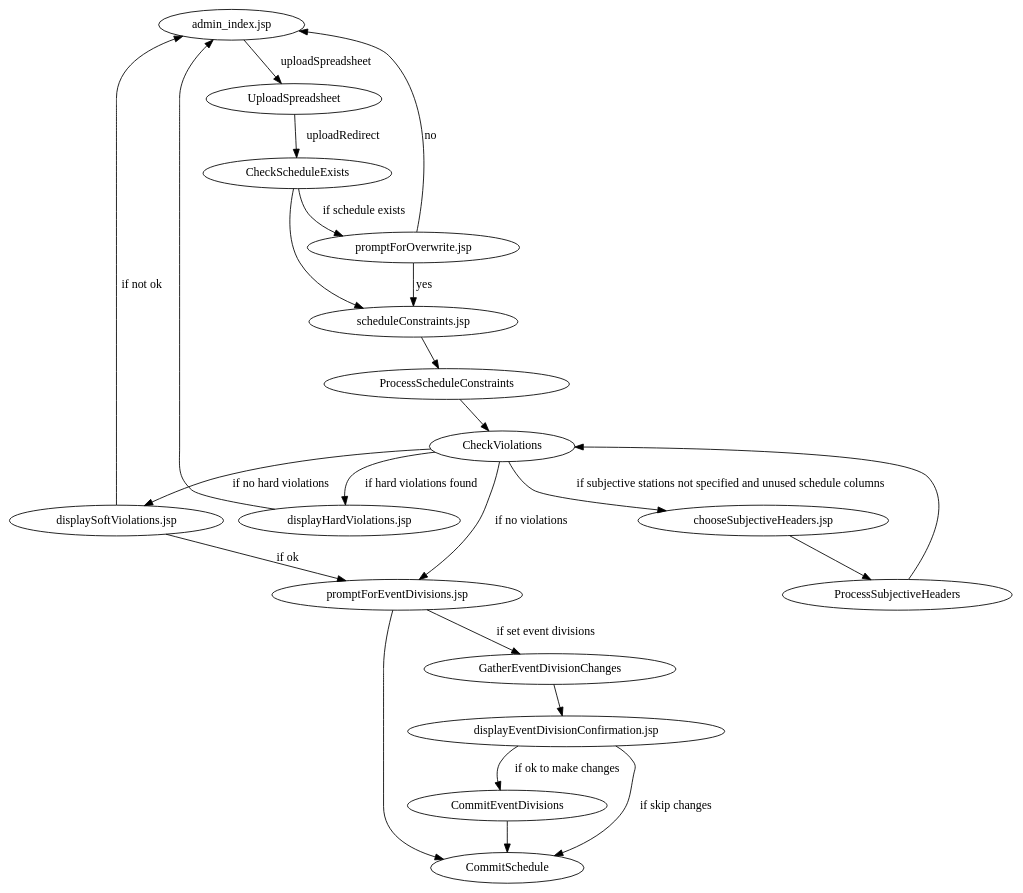
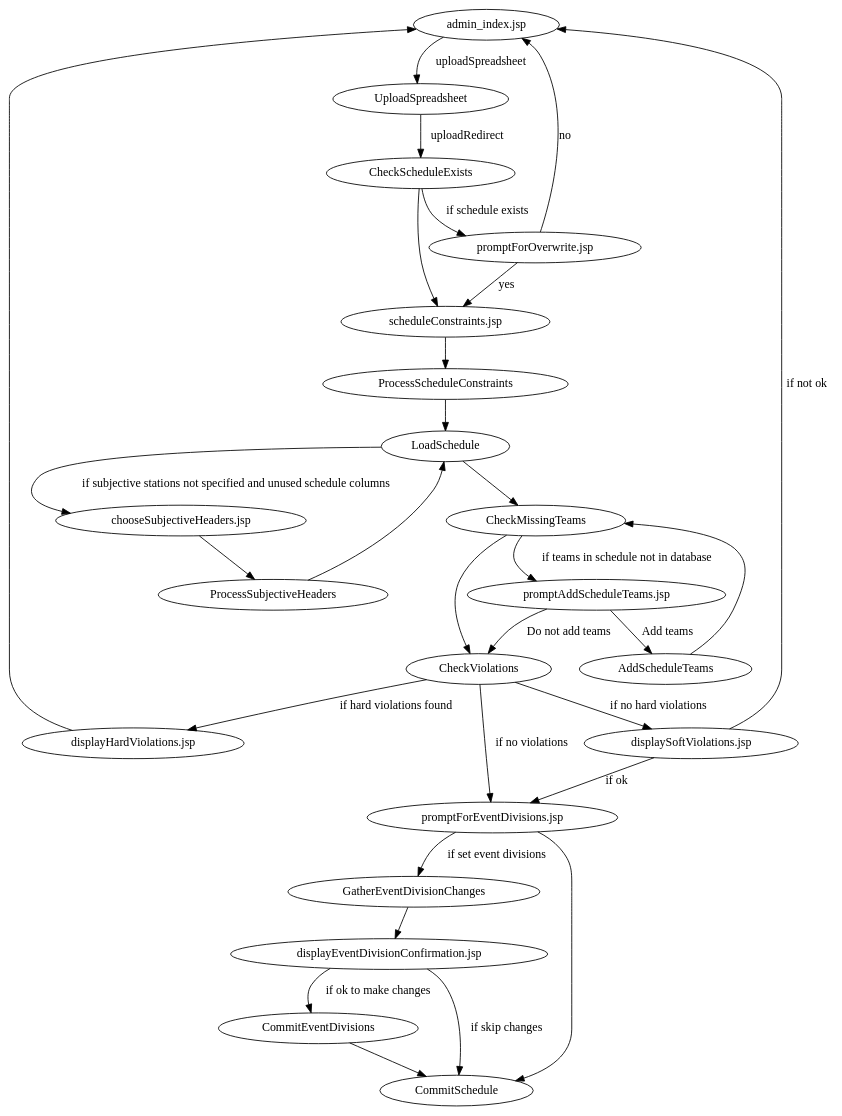
Before and after one commit to jpschewe/fll-sw: the diagram in src/main/documentation/workflows/upload-schedule.dot, drawn with Graphviz. The commit also changed 12 other files, not shown here.

First line of the commit message:
Allow teams to be added to the database during schedule upload

```diff
--- a/src/main/documentation/workflows/upload-schedule.dot
+++ b/src/main/documentation/workflows/upload-schedule.dot
@@ -1,39 +1,49 @@
 digraph UploadSchedule {
 
 "admin_index.jsp" -> UploadSpreadsheet [label="uploadSpreadsheet"];
 
 UploadSpreadsheet -> CheckScheduleExists [label="uploadRedirect"];
 
 CheckScheduleExists -> "promptForOverwrite.jsp" [label="if schedule exists"];
 
 "promptForOverwrite.jsp" -> "scheduleConstraints.jsp" [label="yes"];
 "promptForOverwrite.jsp" -> "admin_index.jsp" [label="no"];
 
 CheckScheduleExists -> "scheduleConstraints.jsp";
 
 "scheduleConstraints.jsp" -> ProcessScheduleConstraints;
-ProcessScheduleConstraints -> CheckViolations;
+ProcessScheduleConstraints -> LoadSchedule;
+
+LoadSchedule -> CheckMissingTeams;
+
+CheckMissingTeams -> CheckViolations;
+CheckMissingTeams -> "promptAddScheduleTeams.jsp" [label="if teams in schedule not in database"];
+
+"promptAddScheduleTeams.jsp" -> AddScheduleTeams [label="Add teams"];
+"promptAddScheduleTeams.jsp" -> CheckViolations [label="Do not add teams"];
+
+AddScheduleTeams -> CheckMissingTeams;
 
 CheckViolations -> "promptForEventDivisions.jsp" [label="if no violations"];
 CheckViolations -> "displayHardViolations.jsp" [label="if hard violations found"];
 CheckViolations -> "displaySoftViolations.jsp" [label="if no hard violations"];
 
-CheckViolations -> "chooseSubjectiveHeaders.jsp" [label="if subjective stations not specified and unused schedule columns"];
+LoadSchedule -> "chooseSubjectiveHeaders.jsp" [label="if subjective stations not specified and unused schedule columns"];
 "chooseSubjectiveHeaders.jsp" -> ProcessSubjectiveHeaders;
-ProcessSubjectiveHeaders -> CheckViolations;
+ProcessSubjectiveHeaders -> LoadSchedule;
 
 "displayHardViolations.jsp" -> "admin_index.jsp";
 
 "displaySoftViolations.jsp" -> "promptForEventDivisions.jsp" [label="if ok"];
 "displaySoftViolations.jsp" -> "admin_index.jsp" [label="if not ok"];
 
 "promptForEventDivisions.jsp" -> GatherEventDivisionChanges [label="if set event divisions"];
 "promptForEventDivisions.jsp" -> CommitSchedule;
 
 GatherEventDivisionChanges -> "displayEventDivisionConfirmation.jsp";
 
 "displayEventDivisionConfirmation.jsp" -> CommitEventDivisions [label="if ok to make changes"];
 "displayEventDivisionConfirmation.jsp" -> CommitSchedule [label="if skip changes"];
 CommitEventDivisions -> CommitSchedule
 
 }
```
